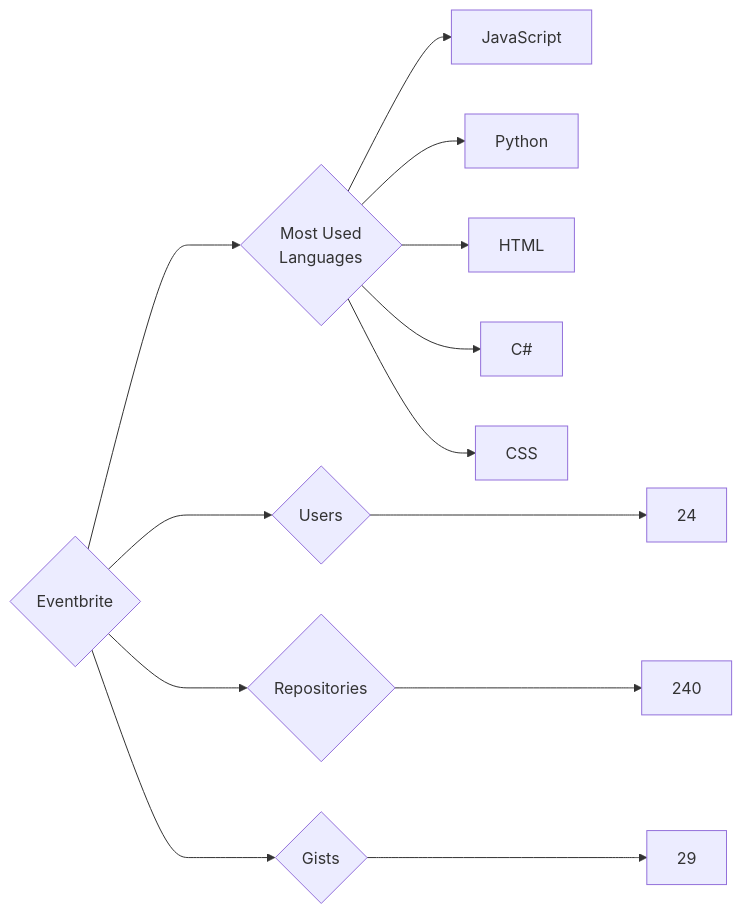
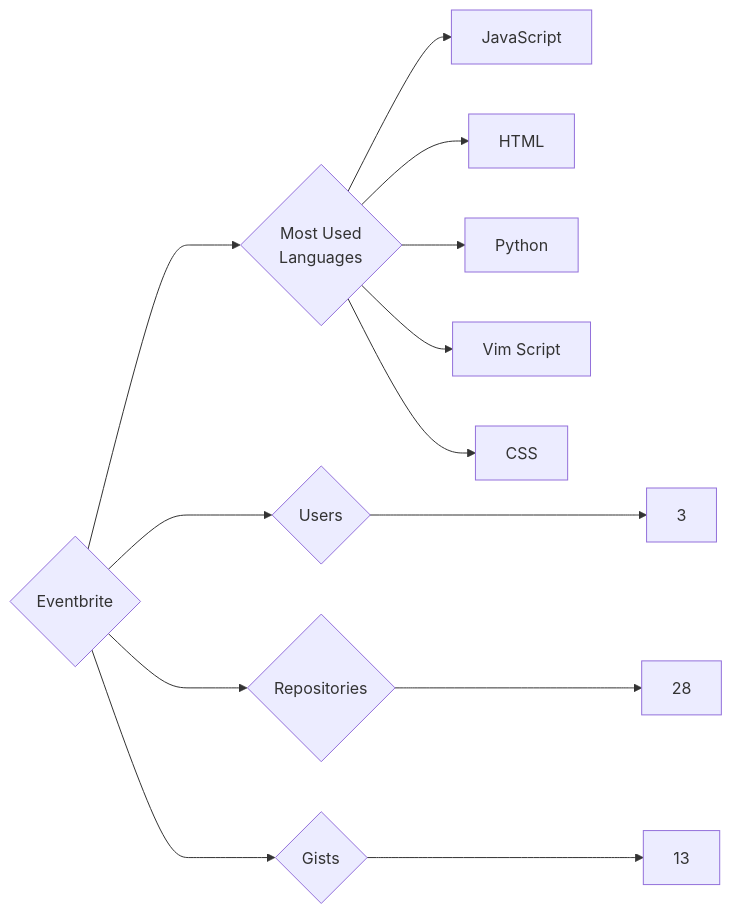
One commit to trickest/insiders changed the diagram in targets/Eventbrite/README.md. Above: the diagram before and after it, drawn with Mermaid. The commit also changed 736 other files, not shown here.

````diff
--- a/targets/Eventbrite/README.md
+++ b/targets/Eventbrite/README.md
@@ -3,13 +3,13 @@
 ```mermaid
 graph LR
 COMPANY_NAME{Eventbrite}
-COMPANY_NAME ---> U{Users} ---> UN[24]
-COMPANY_NAME ---> R{Repositories} ---> RN[240]
-COMPANY_NAME ---> G{Gists} ---> GN[29]
+COMPANY_NAME ---> U{Users} ---> UN[3]
+COMPANY_NAME ---> R{Repositories} ---> RN[28]
+COMPANY_NAME ---> G{Gists} ---> GN[13]
 COMPANY_NAME ---> ML{Most Used<br>Languages}
 ML --> JavaScript[JavaScript]
+ML --> HTML[HTML]
 ML --> Python[Python]
-ML --> HTML[HTML]
-ML --> C#[C#]
+ML --> Vim_Script[Vim Script]
 ML --> CSS[CSS]
 ```
````
